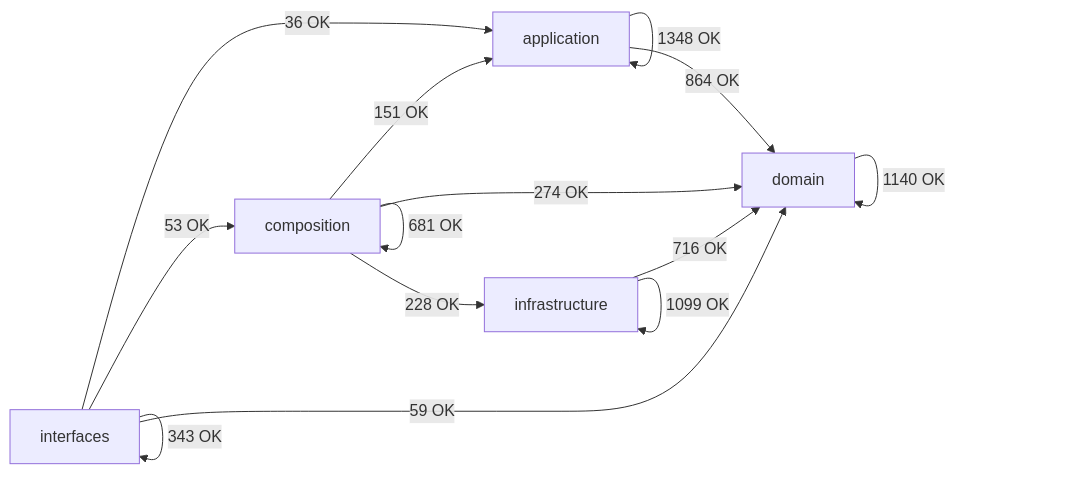
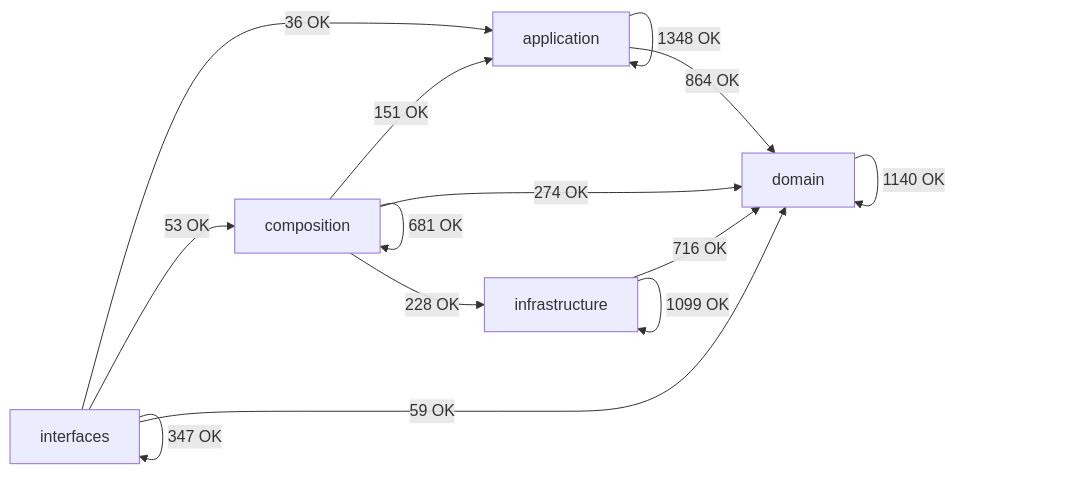
One commit to SatoryKono/BioactivityDataAcquisition changed the diagram in docs/02-architecture/generated/module-dependency-map.md. Above: the diagram before and after it, drawn with Mermaid. The commit also changed other lines of this file and 53 other files, not shown here.

First line of the commit message:
docs(diagrams): generate chembl_activity dataflow views (#6378)

````diff
--- a/docs/02-architecture/generated/module-dependency-map.md
+++ b/docs/02-architecture/generated/module-dependency-map.md
@@ -17,21 +17,21 @@
 ```mermaid
 flowchart LR
     domain[domain]
     application[application]
     infrastructure[infrastructure]
     composition[composition]
     interfaces[interfaces]
     application -->|1348 OK| application
     application -->|864 OK| domain
     composition -->|151 OK| application
     composition -->|681 OK| composition
     composition -->|274 OK| domain
     composition -->|228 OK| infrastructure
     domain -->|1140 OK| domain
     infrastructure -->|716 OK| domain
     infrastructure -->|1099 OK| infrastructure
     interfaces -->|36 OK| application
     interfaces -->|53 OK| composition
     interfaces -->|59 OK| domain
-    interfaces -->|343 OK| interfaces
+    interfaces -->|347 OK| interfaces
 ```
````
